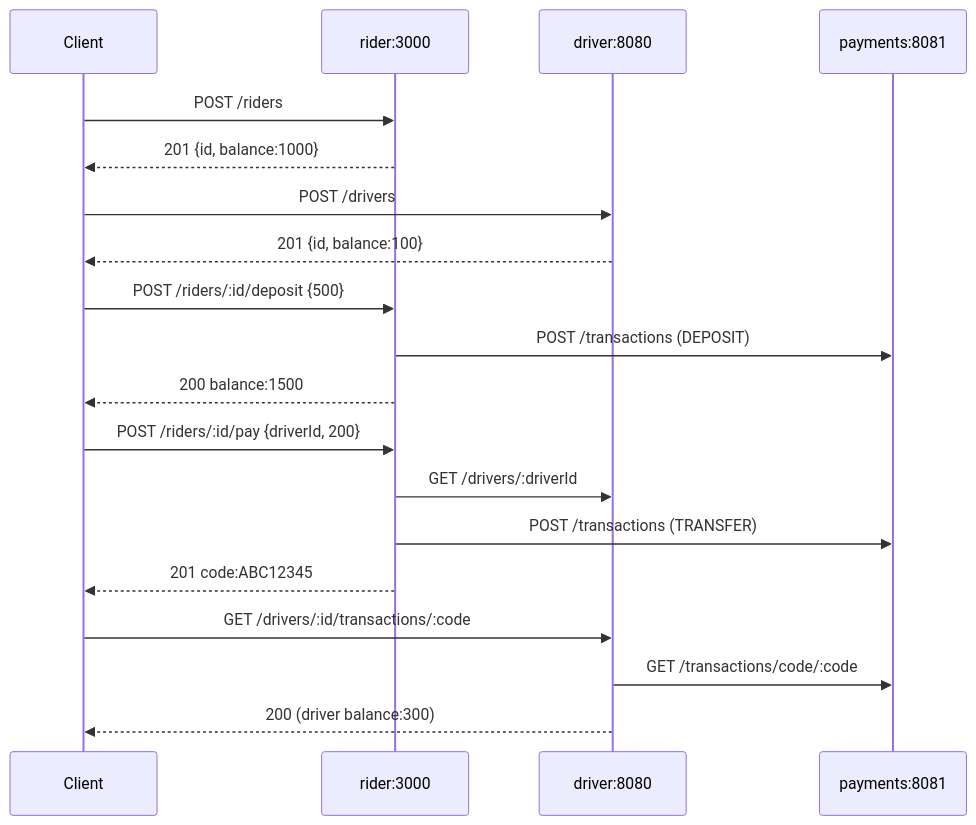
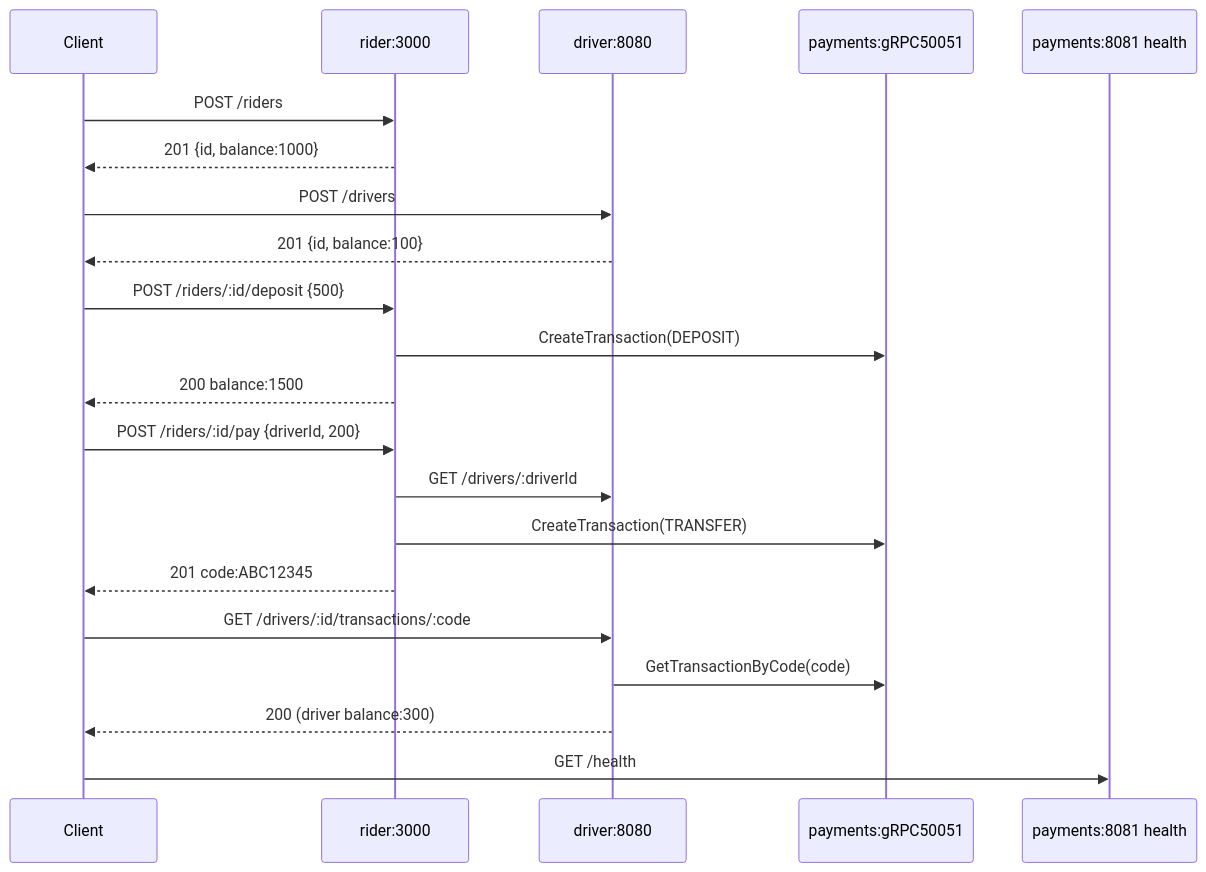
Before and after one commit to jarmasp/mobility-inc: the diagram in README.md, drawn with Mermaid. The commit also changed other lines of this file and 88 other files, not shown here.

First line of the commit message:
feat(mobility): deliver postgres-backed auth-enabled grpc payments flow

````diff
--- a/README.md
+++ b/README.md
@@ -17,22 +13,24 @@
 ```mermaid
 sequenceDiagram
     participant C as Client
     participant R as rider:3000
     participant D as driver:8080
-    participant P as payments:8081
+    participant P as payments:gRPC50051
+    participant PH as payments:8081 health
 
     C->>R: POST /riders
     R-->>C: 201 {id, balance:1000}
     C->>D: POST /drivers
     D-->>C: 201 {id, balance:100}
     C->>R: POST /riders/:id/deposit {500}
-    R->>P: POST /transactions (DEPOSIT)
+    R->>P: CreateTransaction(DEPOSIT)
     R-->>C: 200 balance:1500
     C->>R: POST /riders/:id/pay {driverId, 200}
     R->>D: GET /drivers/:driverId
-    R->>P: POST /transactions (TRANSFER)
+    R->>P: CreateTransaction(TRANSFER)
     R-->>C: 201 code:ABC12345
     C->>D: GET /drivers/:id/transactions/:code
-    D->>P: GET /transactions/code/:code
+    D->>P: GetTransactionByCode(code)
     D-->>C: 200 (driver balance:300)
+    C->>PH: GET /health
 ```
````
